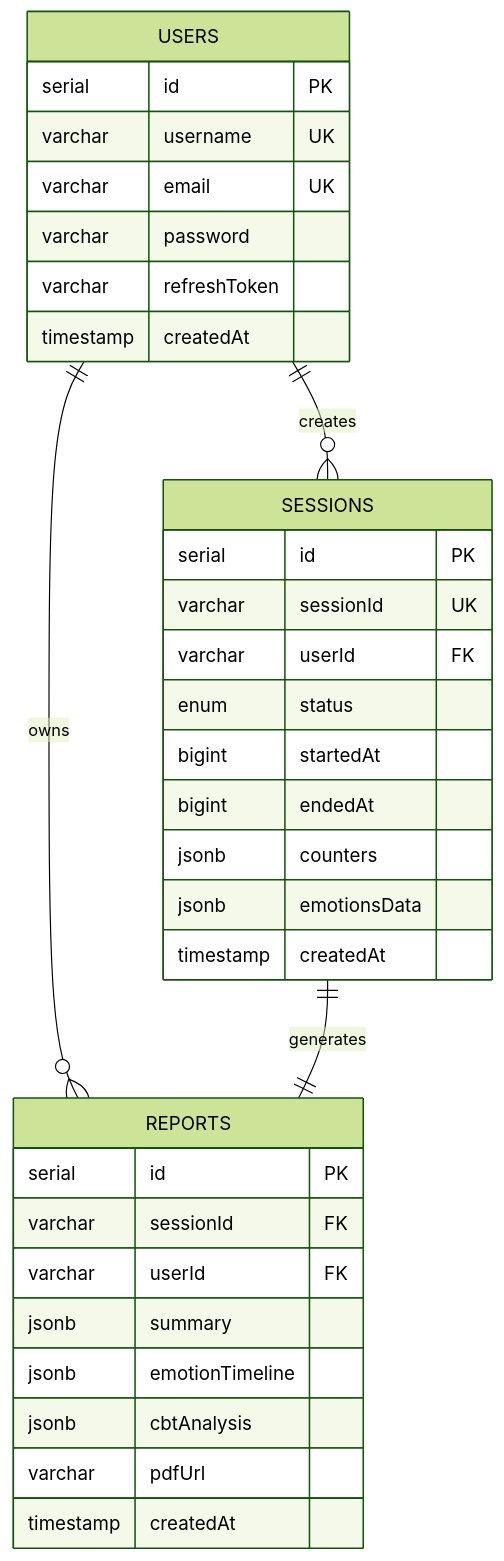
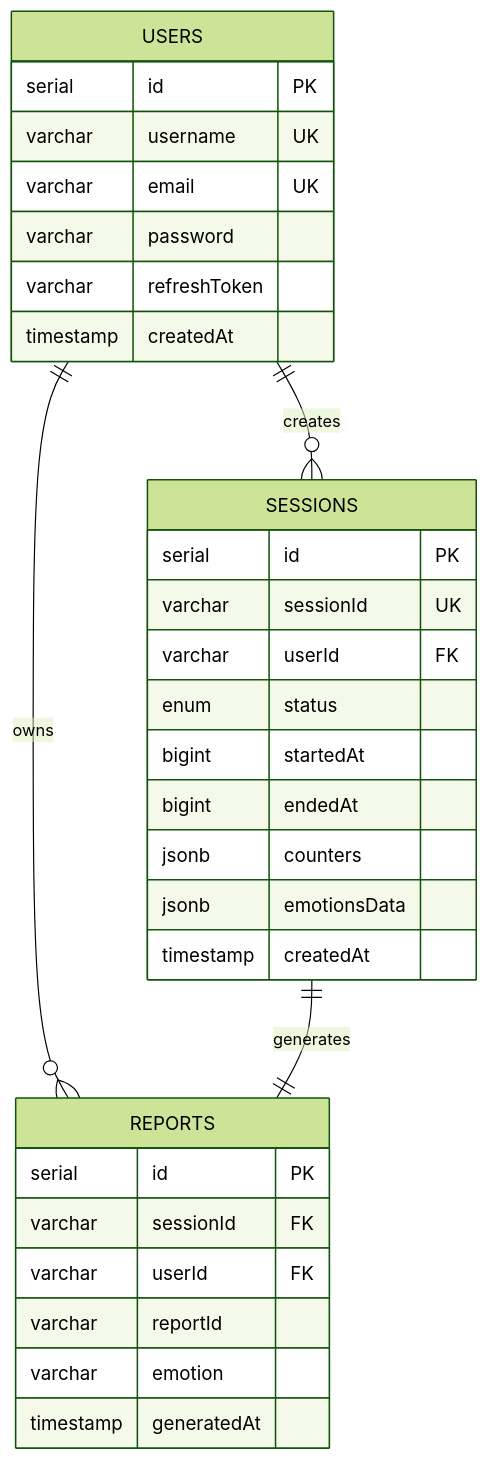
Before and after one commit to KUS-CapstoneDesign-II/BeMoreBackend: the fourth of 4 diagrams in README.md, drawn with Mermaid (forest theme). The commit also changed other lines of this file, not shown here.

First line of the commit message:
docs(readme): enhance processing pipeline with CBT flow and data formats

````diff
--- a/README.md
+++ b/README.md
@@ -429,38 +460,36 @@
 ```mermaid
 erDiagram
     USERS ||--o{ SESSIONS : creates
     USERS ||--o{ REPORTS : owns
     SESSIONS ||--|| REPORTS : generates
 
     USERS {
         serial id PK
         varchar username UK
         varchar email UK
         varchar password
         varchar refreshToken
         timestamp createdAt
     }
 
     SESSIONS {
         serial id PK
         varchar sessionId UK
         varchar userId FK
         enum status
         bigint startedAt
         bigint endedAt
         jsonb counters
         jsonb emotionsData
         timestamp createdAt
     }
 
     REPORTS {
         serial id PK
         varchar sessionId FK
         varchar userId FK
-        jsonb summary
-        jsonb emotionTimeline
-        jsonb cbtAnalysis
-        varchar pdfUrl
-        timestamp createdAt
+        varchar reportId
+        varchar emotion
+        timestamp generatedAt
     }
 ```
````
